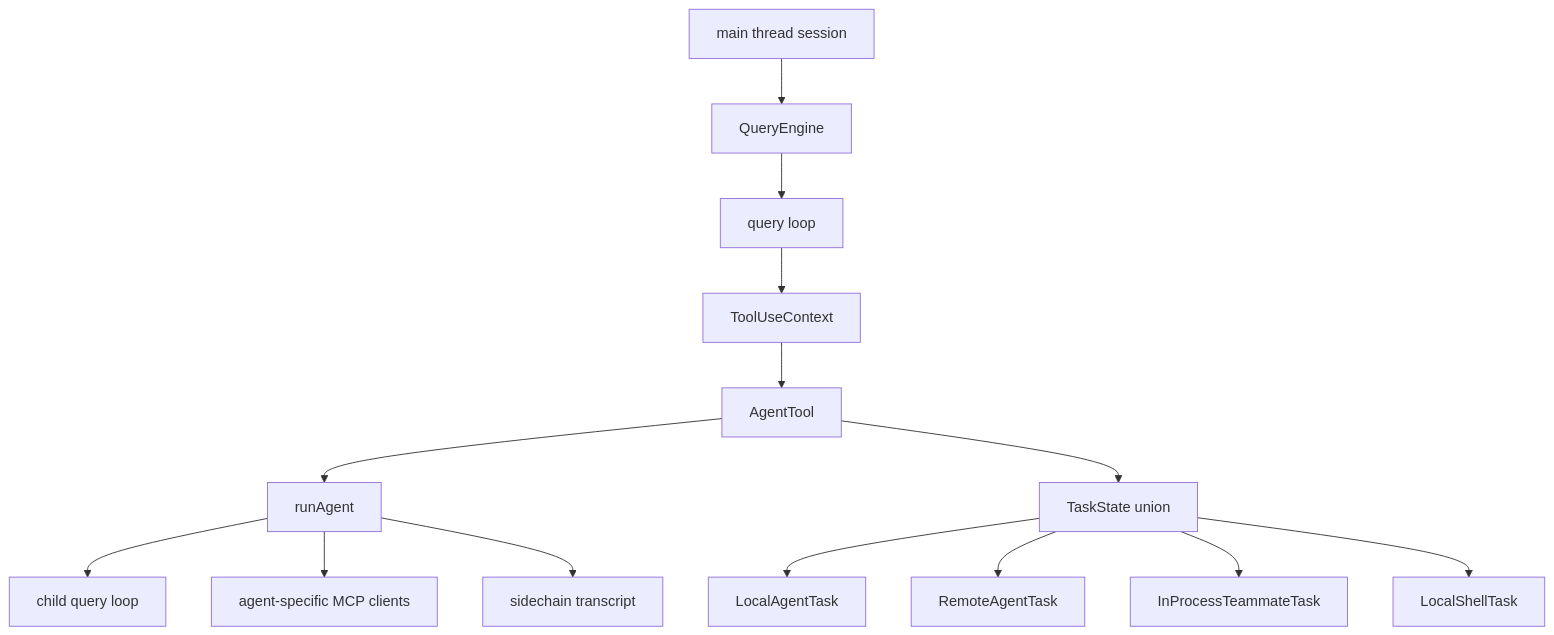
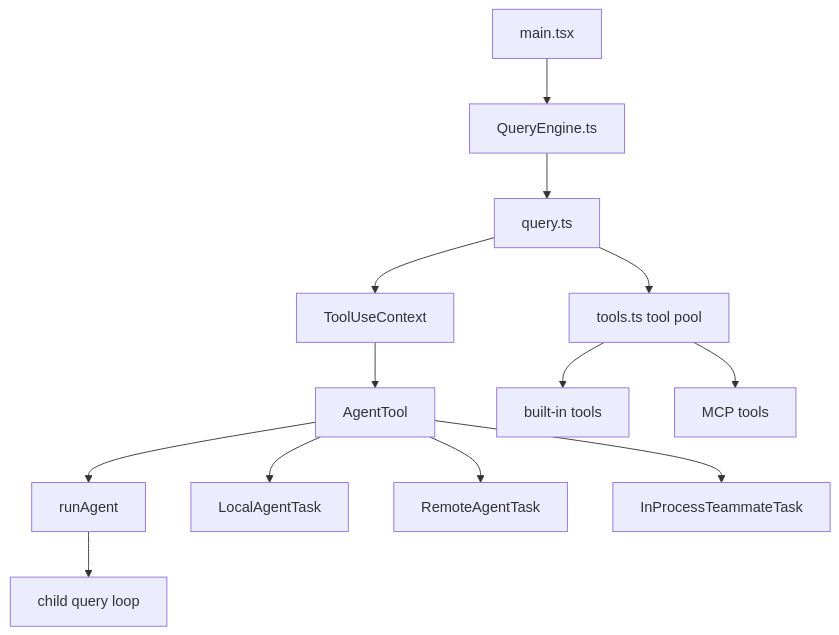
Before and after one commit to Boulea7/ClaudeCode-Source-DeepDive: the second of 2 diagrams in MODULES/01-agent-loop-and-teams/DEEP/README.md, drawn with Mermaid. The commit also changed other lines of this file and 5 other files, not shown here.

````diff
--- a/MODULES/01-agent-loop-and-teams/DEEP/README.md
+++ b/MODULES/01-agent-loop-and-teams/DEEP/README.md
@@ -164,16 +196,15 @@
 ```mermaid
 flowchart TD
-    A[main thread session] --> B[QueryEngine]
-    B --> C[query loop]
+    A[main.tsx] --> B[QueryEngine.ts]
+    B --> C[query.ts]
     C --> D[ToolUseContext]
     D --> E[AgentTool]
     E --> F[runAgent]
     F --> G[child query loop]
-    F --> H[agent-specific MCP clients]
-    F --> I[sidechain transcript]
-    E --> J[TaskState union]
-    J --> K[LocalAgentTask]
-    J --> L[RemoteAgentTask]
-    J --> M[InProcessTeammateTask]
-    J --> N[LocalShellTask]
+    E --> H[LocalAgentTask]
+    E --> I[RemoteAgentTask]
+    E --> J[InProcessTeammateTask]
+    C --> K[tools.ts tool pool]
+    K --> L[built-in tools]
+    K --> M[MCP tools]
 ```
````
